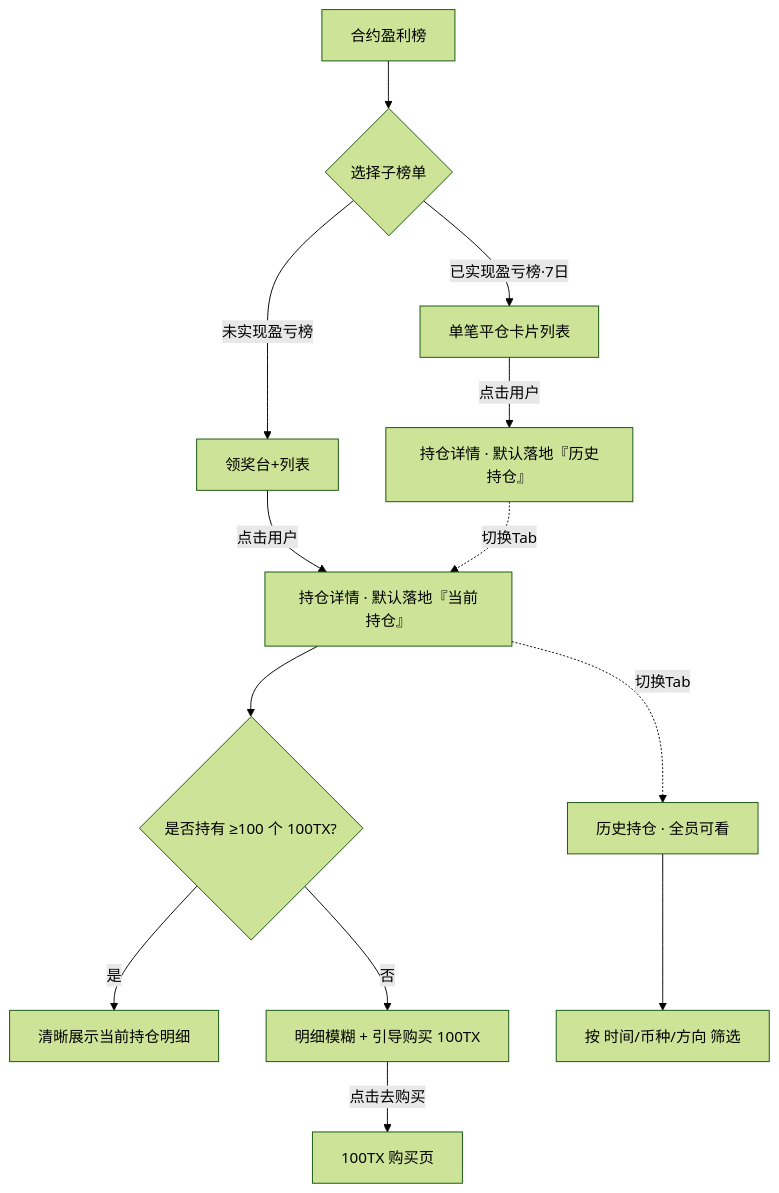
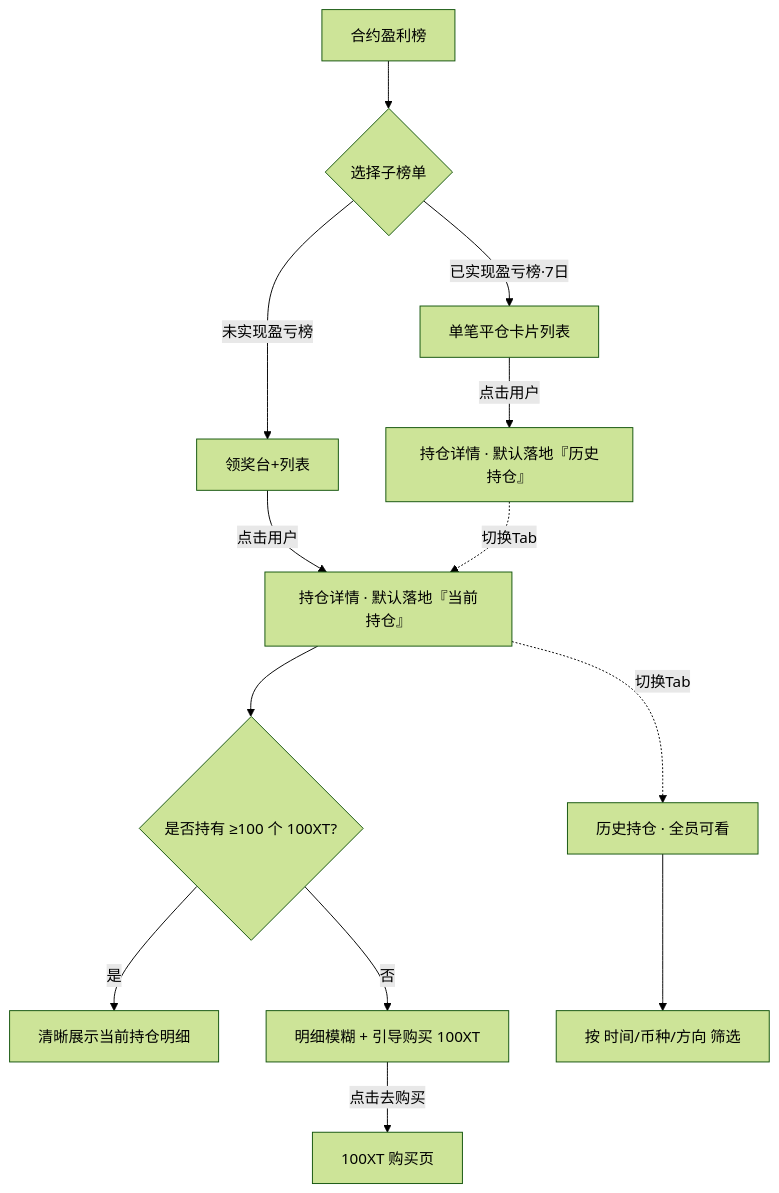
One commit to rhysss/demo changed the first of 2 diagrams in 榜单用户持仓详情_PRD_V1.0.md. Above: the diagram before and after it, drawn with Mermaid (forest theme). The commit also changed other lines of this file and 2 other files, not shown here.

````diff
--- a/榜单用户持仓详情_PRD_V1.0.md
+++ b/榜单用户持仓详情_PRD_V1.0.md
@@ -84,15 +84,15 @@
 ```mermaid
 flowchart TD
     A[合约盈利榜] --> B{选择子榜单}
     B -->|未实现盈亏榜| C[领奖台+列表]
     B -->|已实现盈亏榜·7日| D[单笔平仓卡片列表]
     C -->|点击用户| E[持仓详情 · 默认落地『当前持仓』]
     D -->|点击用户| F[持仓详情 · 默认落地『历史持仓』]
-    E --> G{是否持有 ≥100 个 100TX?}
+    E --> G{是否持有 ≥100 个 100XT?}
     G -->|是| H[清晰展示当前持仓明细]
-    G -->|否| I[明细模糊 + 引导购买 100TX]
-    I -->|点击去购买| J[100TX 购买页]
+    G -->|否| I[明细模糊 + 引导购买 100XT]
+    I -->|点击去购买| J[100XT 购买页]
     E -.切换Tab.-> K[历史持仓 · 全员可看]
     F -.切换Tab.-> E
     K --> L[按 时间/币种/方向 筛选]
 ```
````
